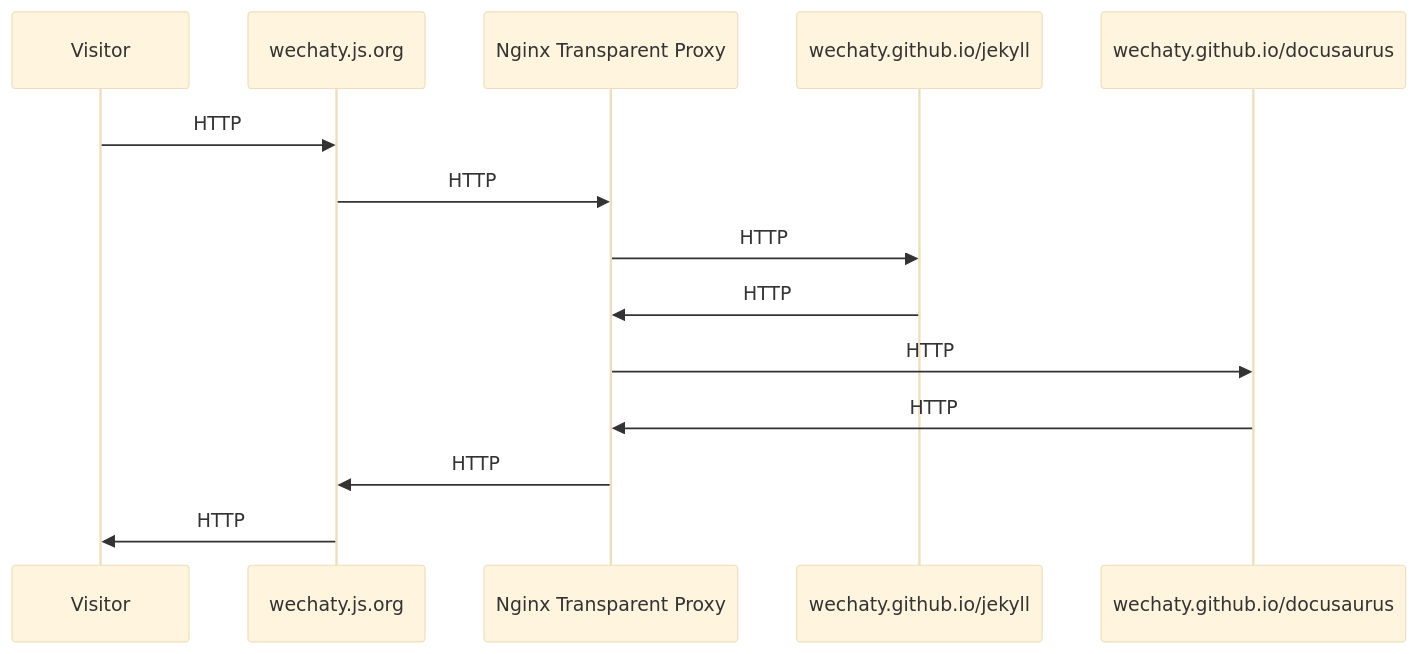
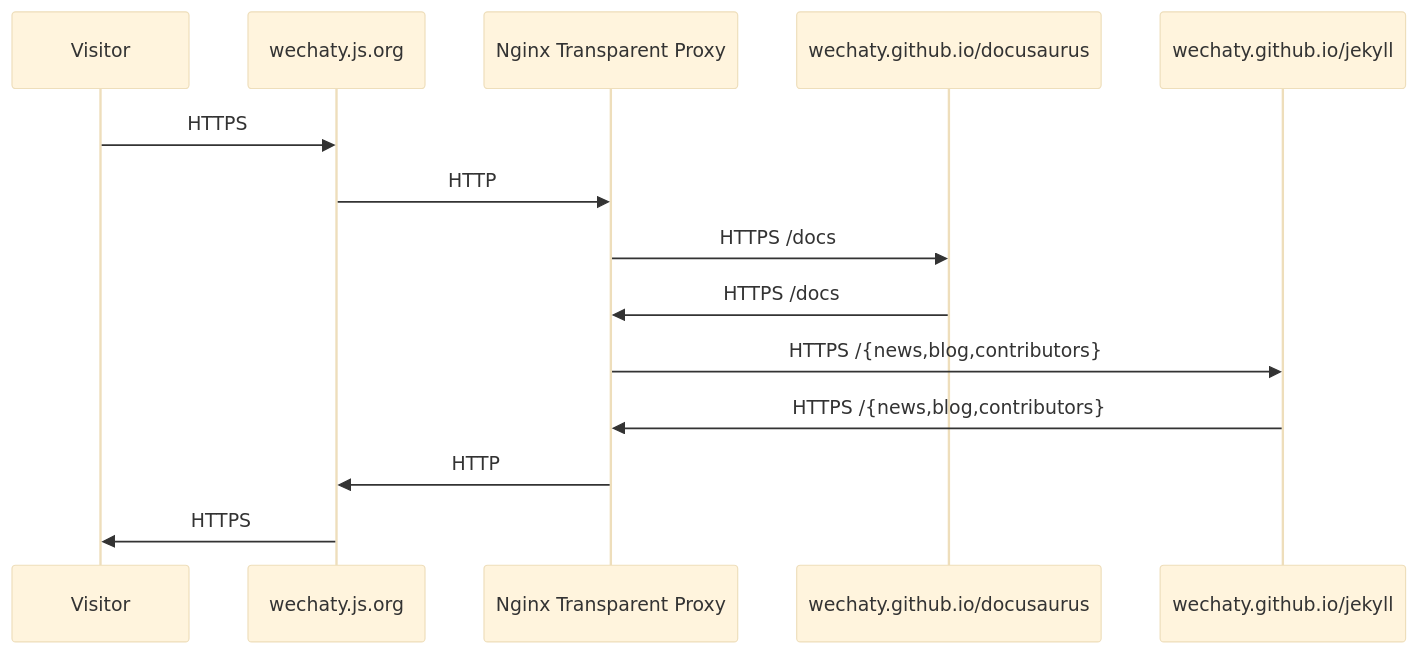
The diagram in README.md (wechaty/js.org), drawn with Mermaid (base theme) before and after one commit.

Commit message:
tune diagram

````diff
--- a/README.md
+++ b/README.md
@@ -39,17 +39,17 @@
 ```mermaid
 sequenceDiagram
     participant Visitor
     participant wechaty.js.org
     participant Nginx Transparent Proxy
+    participant wechaty.github.io/docusaurus
     participant wechaty.github.io/jekyll
-    participant wechaty.github.io/docusaurus
 
-    Visitor->>wechaty.js.org: HTTP
+    Visitor->>wechaty.js.org: HTTPS
     wechaty.js.org->>Nginx Transparent Proxy: HTTP
-    Nginx Transparent Proxy->>wechaty.github.io/jekyll: HTTP
-    wechaty.github.io/jekyll->>Nginx Transparent Proxy: HTTP
-    Nginx Transparent Proxy->>wechaty.github.io/docusaurus: HTTP
-    wechaty.github.io/docusaurus->>Nginx Transparent Proxy: HTTP
+    Nginx Transparent Proxy->>wechaty.github.io/docusaurus: HTTPS /docs
+    wechaty.github.io/docusaurus->>Nginx Transparent Proxy: HTTPS /docs
+    Nginx Transparent Proxy->>wechaty.github.io/jekyll: HTTPS /{news,blog,contributors}
+    wechaty.github.io/jekyll->>Nginx Transparent Proxy: HTTPS /{news,blog,contributors}
     Nginx Transparent Proxy->>wechaty.js.org: HTTP
-    wechaty.js.org->>Visitor: HTTP
+    wechaty.js.org->>Visitor: HTTPS
 ```
````
